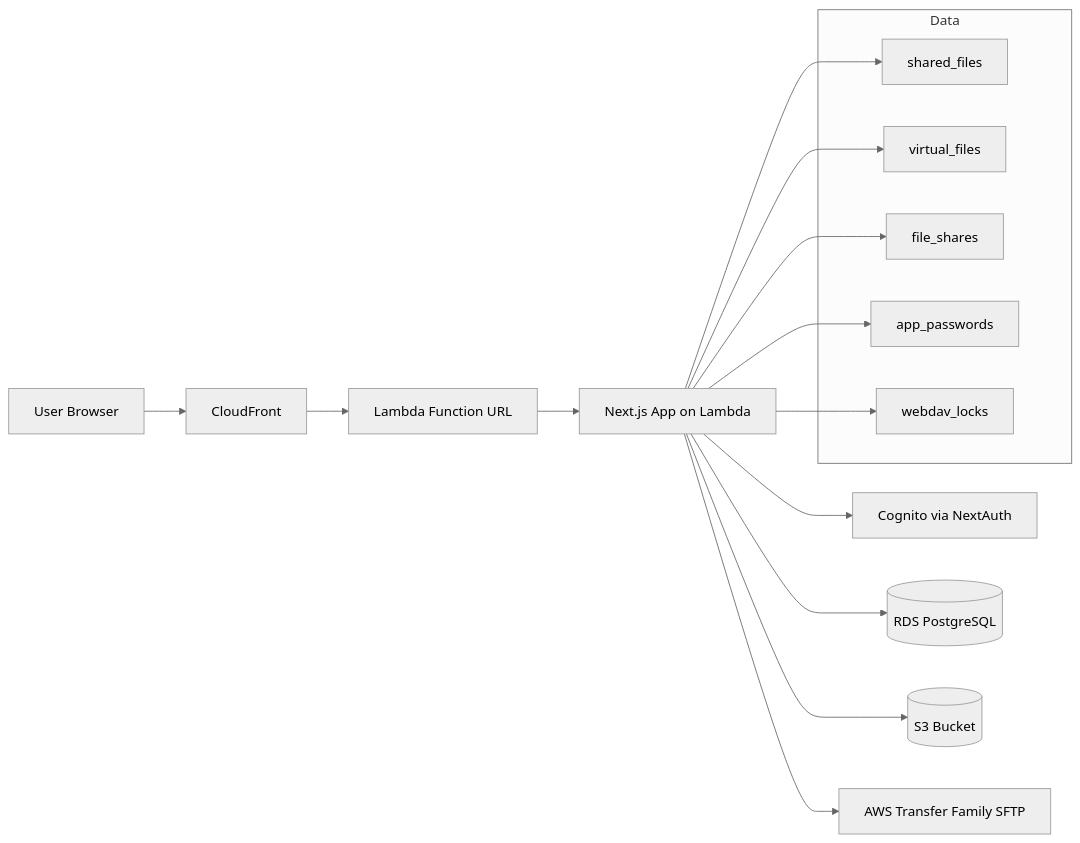
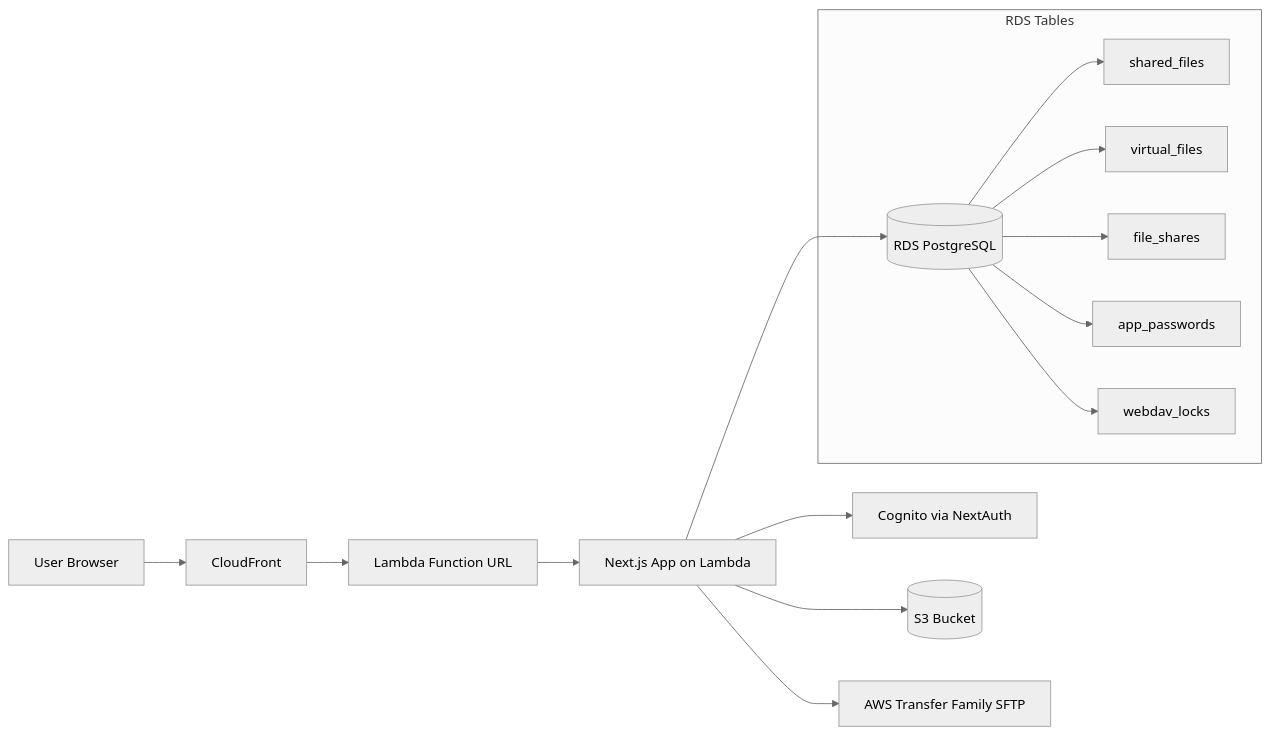
Before and after one commit to joeyf116/navara-strategy: the diagram in README.md, drawn with Mermaid (neutral theme). The commit also changed other lines of this file and 1 other file, not shown here.

````diff
--- a/README.md
+++ b/README.md
@@ -7,25 +7,19 @@
 ```mermaid
 flowchart LR
     U[User Browser] --> CF[CloudFront]
     CF --> LFU[Lambda Function URL]
     LFU --> APP[Next.js App on Lambda]
 
     APP --> COG[Cognito via NextAuth]
     APP --> RDS[(RDS PostgreSQL)]
     APP --> S3[(S3 Bucket)]
     APP --> TF[AWS Transfer Family SFTP]
 
-    subgraph Data
-      SF[shared_files]
-      VF[virtual_files]
-      FS[file_shares]
-      AP[app_passwords]
-      WL[webdav_locks]
+    subgraph RDS Tables
+      RDS --> SF[shared_files]
+      RDS --> VF[virtual_files]
+      RDS --> FS[file_shares]
+      RDS --> AP[app_passwords]
+      RDS --> WL[webdav_locks]
     end
-
-    APP --> SF
-    APP --> VF
-    APP --> FS
-    APP --> AP
-    APP --> WL
 ```
````
